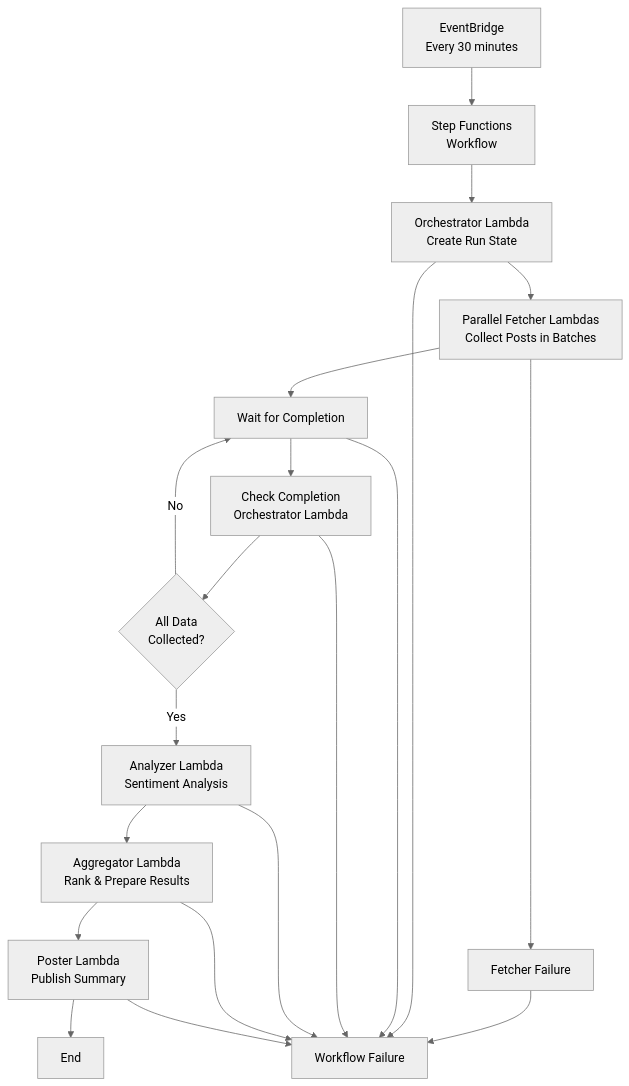
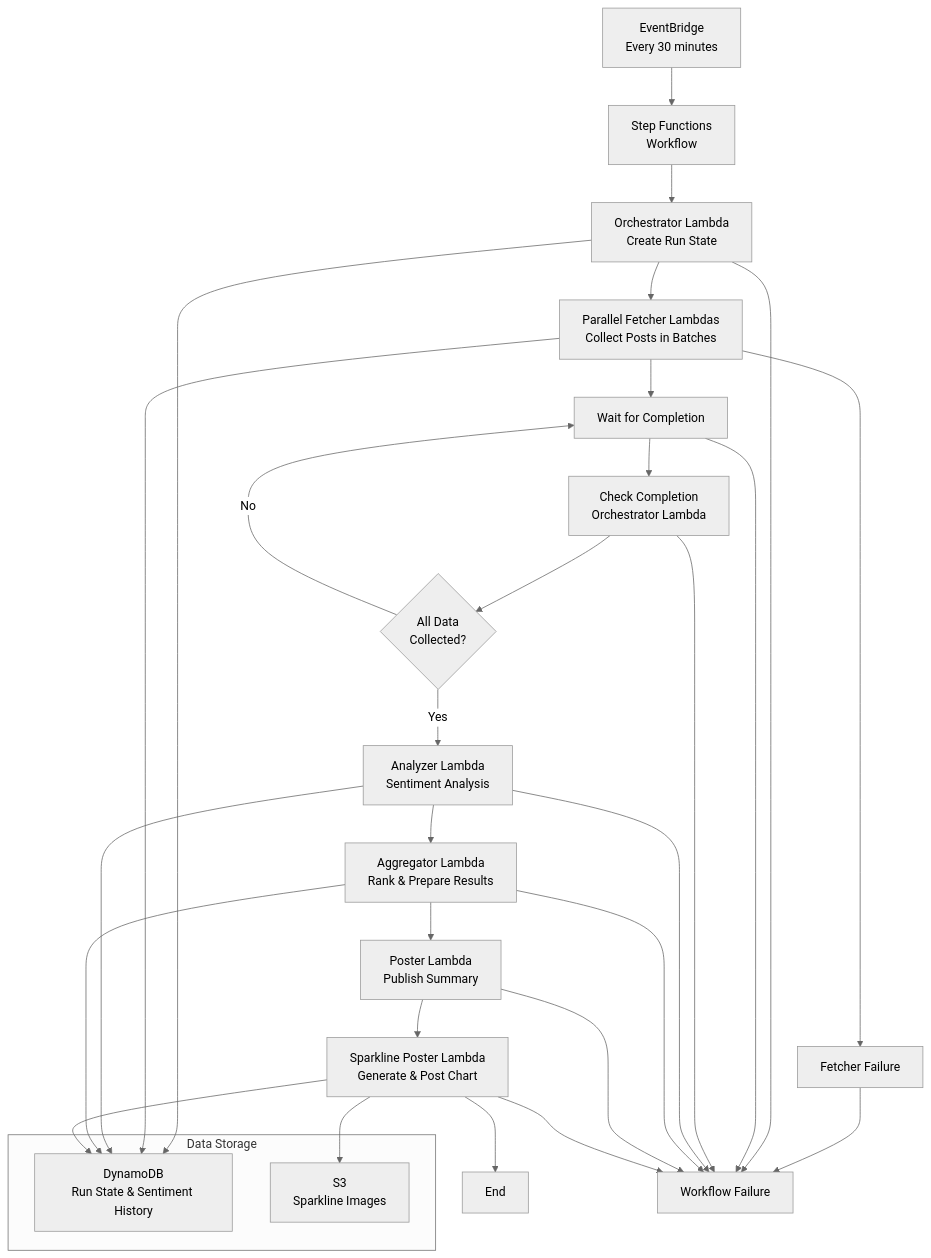
One commit to brainsnorkel/hourstats-bsky changed the diagram in README.md. Above: the diagram before and after it, drawn with Mermaid (neutral theme). The commit also changed other lines of this file and 12 other files, not shown here.

First line of the commit message:
docs: refresh documentation and add comprehensive sequence diagrams

````diff
--- a/README.md
+++ b/README.md
@@ -162,23 +251,37 @@
 ```mermaid
 graph TD
     A[EventBridge<br/>Every 30 minutes] --> B[Step Functions<br/>Workflow]
     B --> C[Orchestrator Lambda<br/>Create Run State]
     C --> D[Parallel Fetcher Lambdas<br/>Collect Posts in Batches]
     D --> E[Wait for Completion]
     E --> F[Check Completion<br/>Orchestrator Lambda]
     F --> G{All Data<br/>Collected?}
     G -->|No| E
     G -->|Yes| H[Analyzer Lambda<br/>Sentiment Analysis]
     H --> I[Aggregator Lambda<br/>Rank & Prepare Results]
     I --> J[Poster Lambda<br/>Publish Summary]
-    J --> K[End]
+    J --> K[Sparkline Poster Lambda<br/>Generate & Post Chart]
+    K --> L[End]
     
-    D --> L[Fetcher Failure]
-    L --> M[Workflow Failure]
-    C --> M
-    E --> M
-    F --> M
-    H --> M
-    I --> M
-    J --> M
+    D --> M[Fetcher Failure]
+    M --> N[Workflow Failure]
+    C --> N
+    E --> N
+    F --> N
+    H --> N
+    I --> N
+    J --> N
+    K --> N
+    
+    subgraph "Data Storage"
+        O[DynamoDB<br/>Run State & Sentiment History]
+        P[S3<br/>Sparkline Images]
+    end
+    
+    C --> O
+    D --> O
+    H --> O
+    I --> O
+    K --> O
+    K --> P
 ```
````
